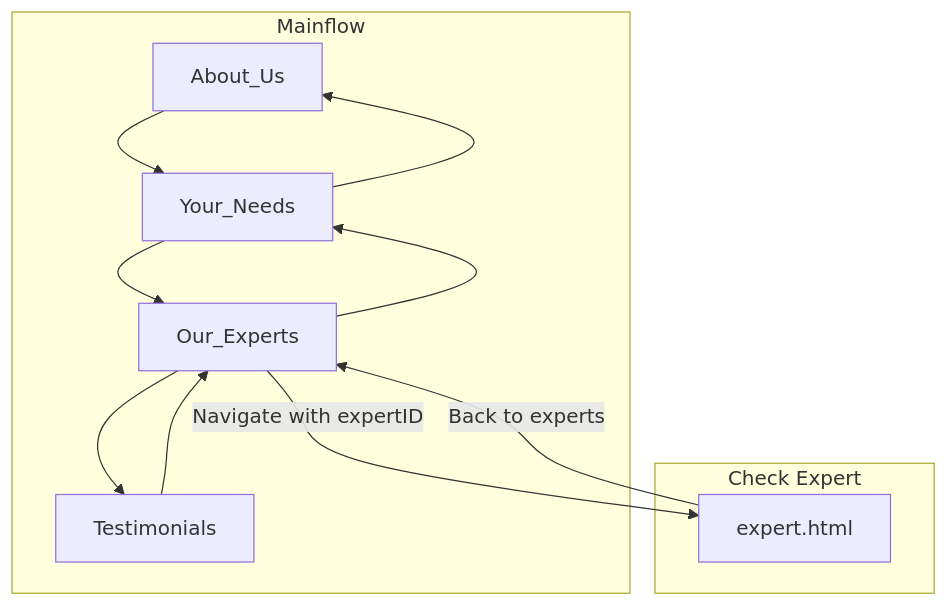
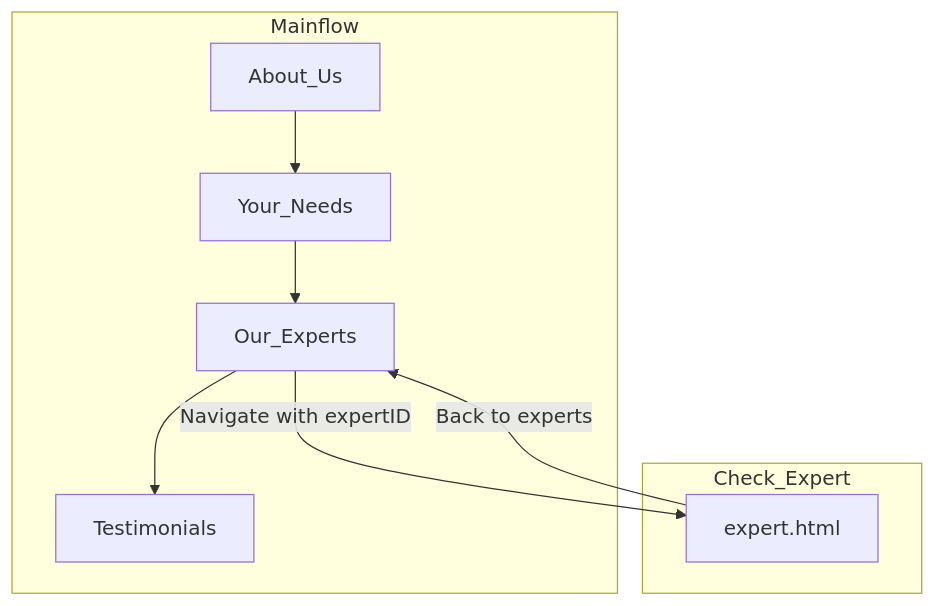
Before and after one commit to FAC29A/alex-portfolio: the diagram in learnings/markup.md, drawn with Mermaid.

````diff
--- a/learnings/markup.md
+++ b/learnings/markup.md
@@ -32,18 +32,13 @@
 ```mermaid
 graph TD;
-
     subgraph Mainflow
         About_Us-->Your_Needs;
-        Your_Needs-->Our_Experts & About_Us;
-        Our_Experts-->Testimonials & Your_Needs;
-        Testimonials-->Our_Experts;
+        Your_Needs-->Our_Experts;
+        Our_Experts-->Testimonials;
     end
 
-    subgraph Check Expert
+    subgraph Check_Expert
         Our_Experts-->|Navigate with expertID|expert.html;
         expert.html-->|Back to experts|Our_Experts;
-    end
-
-
-   
+    end 
 ```
````
